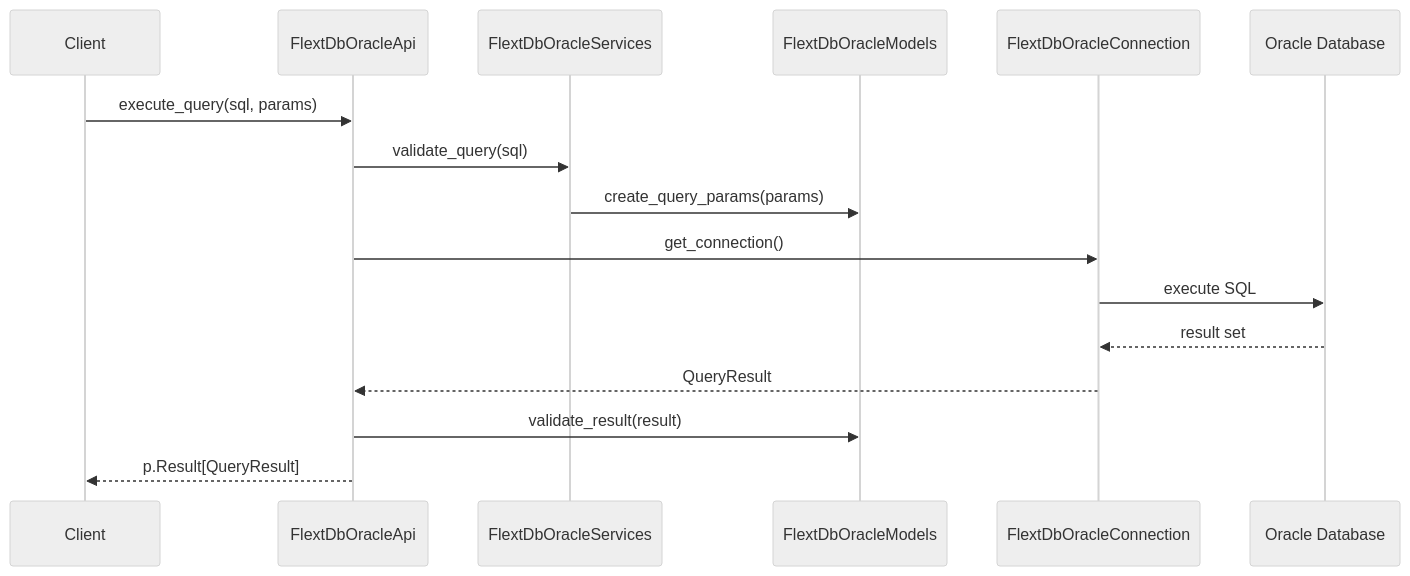
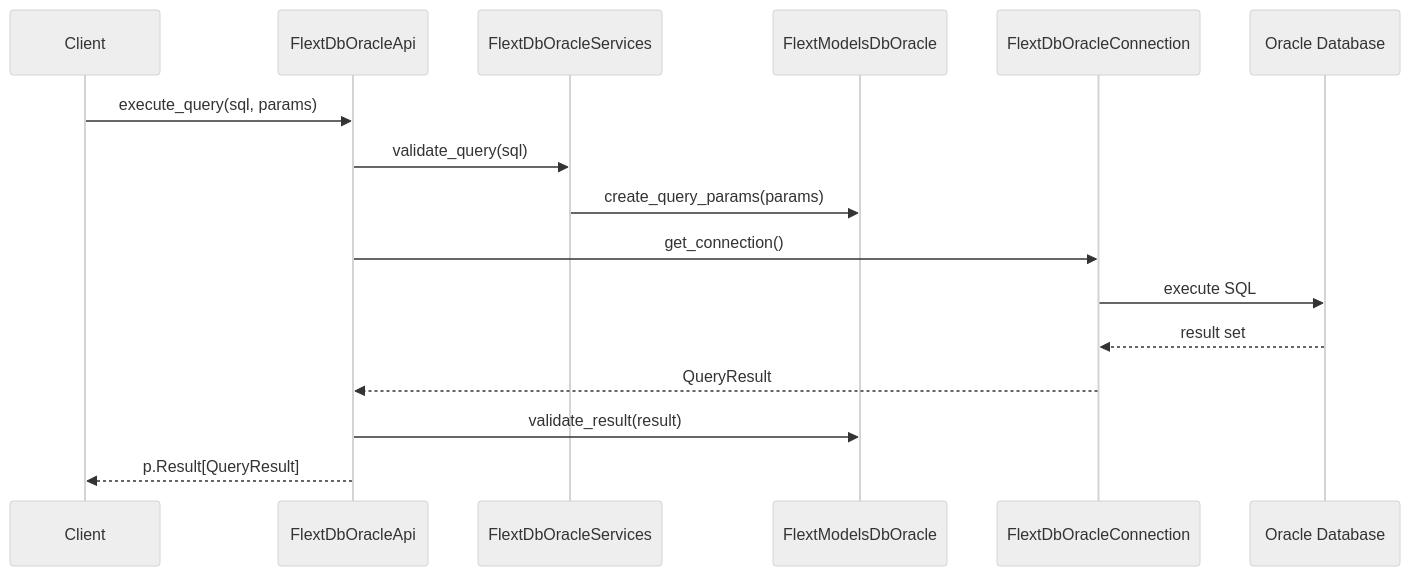
Before and after one commit to flext-sh/flext-db-oracle: the second of 4 diagrams in docs/architecture/c4-components.md, drawn with Mermaid (neutral theme). The commit also changed other lines of this file and 29 other files, not shown here.

````diff
--- a/docs/architecture/c4-components.md
+++ b/docs/architecture/c4-components.md
@@ -362,19 +361,19 @@
 ```mermaid
 sequenceDiagram
     participant Client
     participant API as FlextDbOracleApi
     participant Services as FlextDbOracleServices
-    participant Models as FlextDbOracleModels
+    participant Models as FlextModelsDbOracle
     participant Connection as FlextDbOracleConnection
     participant Oracle as Oracle Database
 
     Client->>API: execute_query(sql, params)
     API->>Services: validate_query(sql)
     Services->>Models: create_query_params(params)
     API->>Connection: get_connection()
     Connection->>Oracle: execute SQL
     Oracle-->>Connection: result set
     Connection-->>API: QueryResult
     API->>Models: validate_result(result)
     API-->>Client: p.Result[QueryResult]
 ```
````
